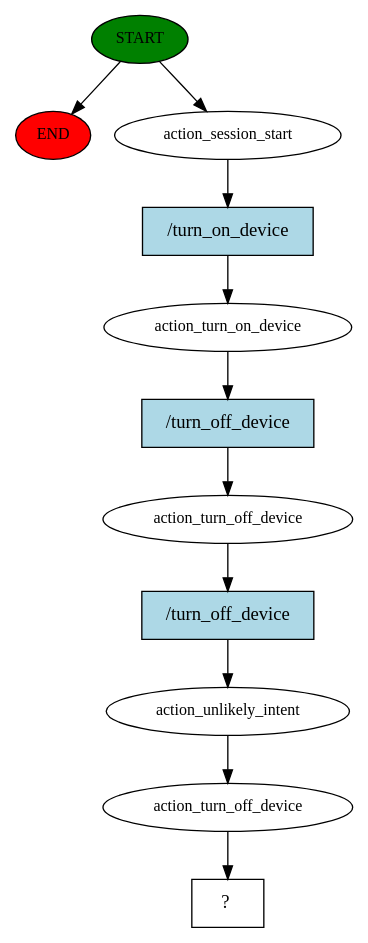
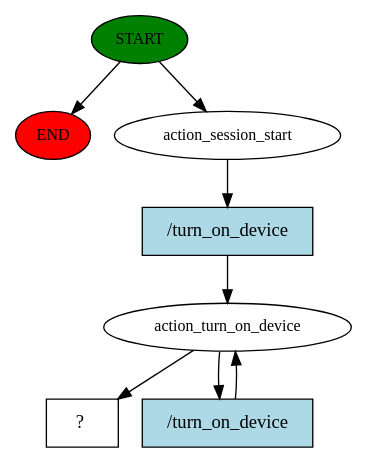
Before and after one commit to hossamhasanin/MrMoonSmartHome: the diagram in story_graph.dot, drawn with Graphviz. The commit also changed 11 other files, not shown here.

```diff
--- a/story_graph.dot
+++ b/story_graph.dot
@@ -1,23 +1,16 @@
 digraph  {
 0 [class="start active", fillcolor=green, fontsize=12, label=START, style=filled];
 "-1" [class=end, fillcolor=red, fontsize=12, label=END, style=filled];
 1 [class=active, fontsize=12, label=action_session_start];
 2 [class=active, fontsize=12, label=action_turn_on_device];
-3 [class=active, fontsize=12, label=action_turn_off_device];
-4 [class=active, fontsize=12, label=action_unlikely_intent];
-5 [class=active, fontsize=12, label=action_turn_off_device];
-6 [class="intent dashed active", label="  ?  ", shape=rect];
-7 [class="intent active", fillcolor=lightblue, label="/turn_on_device", shape=rect, style=filled];
-8 [class="intent active", fillcolor=lightblue, label="/turn_off_device", shape=rect, style=filled];
-9 [class="intent active", fillcolor=lightblue, label="/turn_off_device", shape=rect, style=filled];
+4 [class="intent dashed active", label="  ?  ", shape=rect];
+5 [class="intent active", fillcolor=lightblue, label="/turn_on_device", shape=rect, style=filled];
+6 [class="intent active", fillcolor=lightblue, label="/turn_on_device", shape=rect, style=filled];
 0 -> "-1"  [class="", key=NONE, label=""];
 0 -> 1  [class=active, key=NONE, label=""];
-1 -> 7  [class=active, key=0];
-2 -> 8  [class=active, key=0];
-3 -> 9  [class=active, key=0];
-4 -> 5  [class=active, key=NONE, label=""];
-5 -> 6  [class=active, key=NONE, label=""];
-7 -> 2  [class=active, key=0];
-8 -> 3  [class=active, key=0];
-9 -> 4  [class=active, key=0];
+1 -> 5  [class=active, key=0];
+2 -> 4  [class=active, key=NONE, label=""];
+2 -> 6  [class=active, key=0];
+5 -> 2  [class=active, key=0];
+6 -> 2  [class=active, key=0];
 }
```
